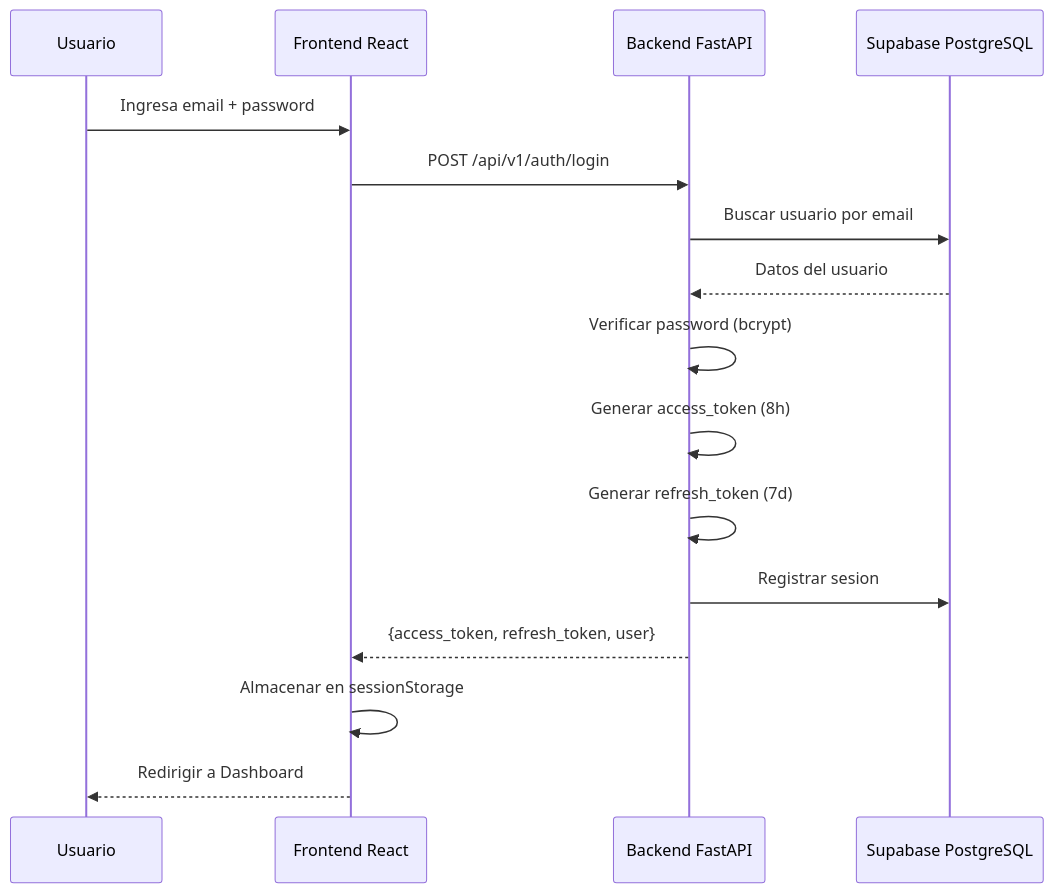
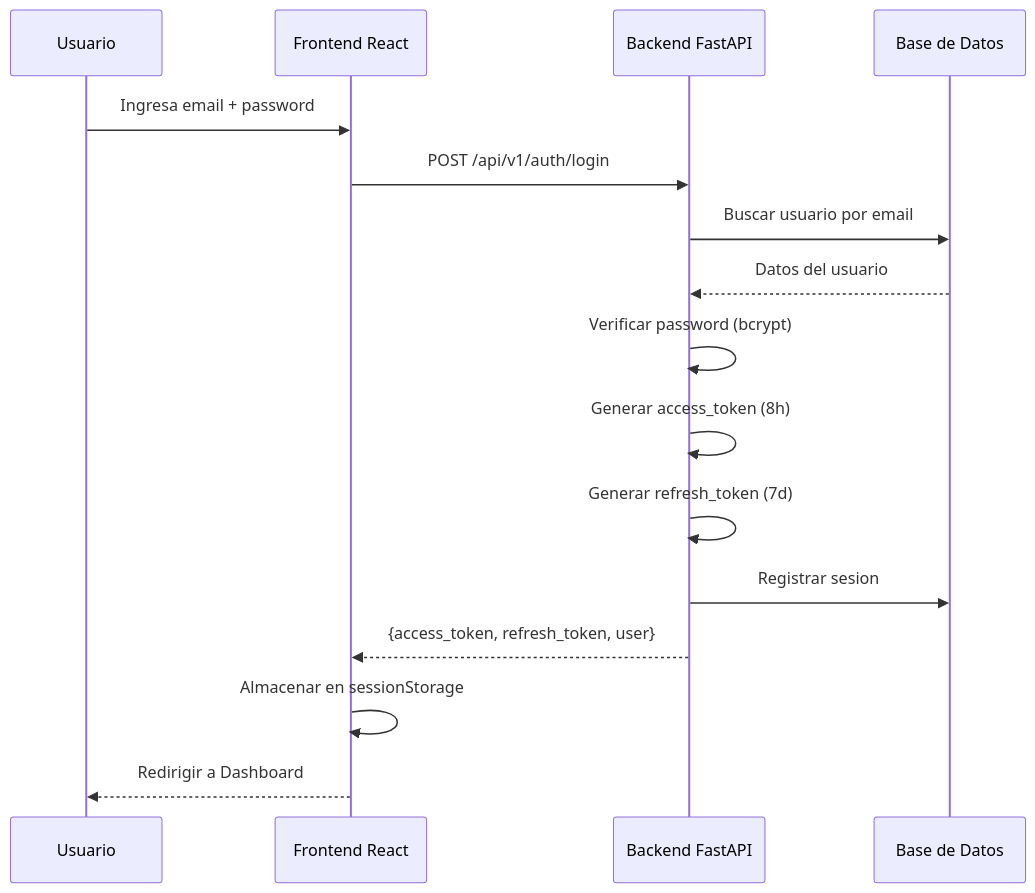
One commit to mrwil82/SIGAI-SES changed the fifth of 6 diagrams in ENTREGABLES_SIGAI_SES/01_DOCUMENTACION_TECNICA/ARQUITECTURA/02_DIAGRAMAS_FLUJO_Y_PROCESOS.md. Above: the diagram before and after it, drawn with Mermaid. The commit also changed 13 other files, not shown here.

````diff
--- a/ENTREGABLES_SIGAI_SES/01_DOCUMENTACION_TECNICA/ARQUITECTURA/02_DIAGRAMAS_FLUJO_Y_PROCESOS.md
+++ b/ENTREGABLES_SIGAI_SES/01_DOCUMENTACION_TECNICA/ARQUITECTURA/02_DIAGRAMAS_FLUJO_Y_PROCESOS.md
@@ -250,19 +250,19 @@
 ```mermaid
 sequenceDiagram
     participant U as Usuario
     participant F as Frontend React
     participant B as Backend FastAPI
-    participant D as Supabase PostgreSQL
+    participant D as Base de Datos
 
     U->>F: Ingresa email + password
     F->>B: POST /api/v1/auth/login
     B->>D: Buscar usuario por email
     D-->>B: Datos del usuario
     B->>B: Verificar password (bcrypt)
     B->>B: Generar access_token (8h)
     B->>B: Generar refresh_token (7d)
     B->>D: Registrar sesion
     B-->>F: {access_token, refresh_token, user}
     F->>F: Almacenar en sessionStorage
     F-->>U: Redirigir a Dashboard
 ```
````
